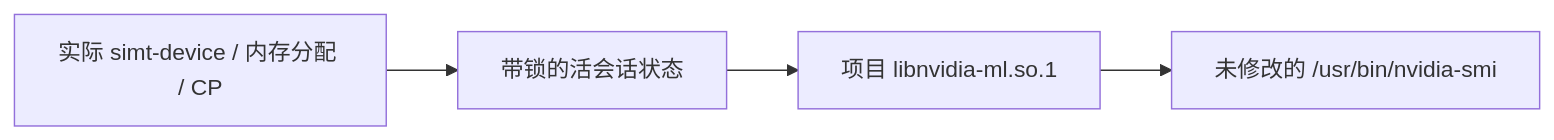
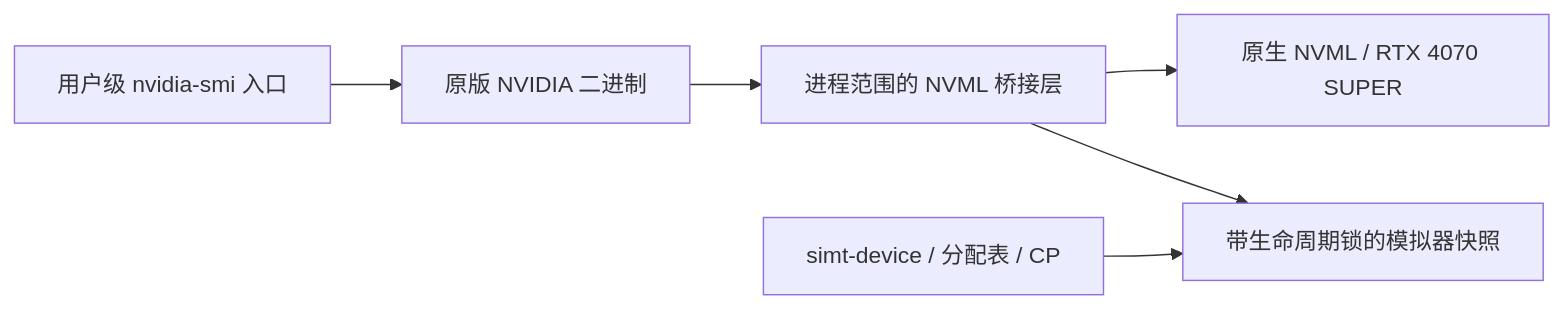
One commit to zdshq/simt-lab changed the diagram in docs/NVIDIA_SMI.md. Above: the diagram before and after it, drawn with Mermaid. The commit also changed other lines of this file and 19 other files, not shown here.

Commit message:
feat(nvml): merge native GPUs and simulated devices in nvidia-smi

````diff
--- a/docs/NVIDIA_SMI.md
+++ b/docs/NVIDIA_SMI.md
@@ -39,6 +84,8 @@
 ```mermaid
 flowchart LR
-    D[实际 simt-device / 内存分配 / CP] --> S[带锁的活会话状态]
-    S --> N[项目 libnvidia-ml.so.1]
-    N --> B[未修改的 /usr/bin/nvidia-smi]
+    C[用户级 nvidia-smi 入口] --> B[原版 NVIDIA 二进制]
+    B --> N[进程范围的 NVML 桥接层]
+    N --> R[原生 NVML / RTX 4070 SUPER]
+    N --> S[带生命周期锁的模拟器快照]
+    D[simt-device / 分配表 / CP] --> S
 ```
````
